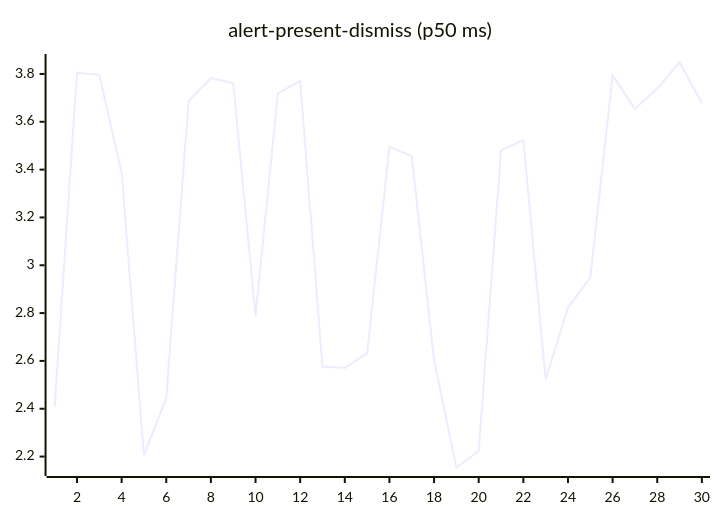
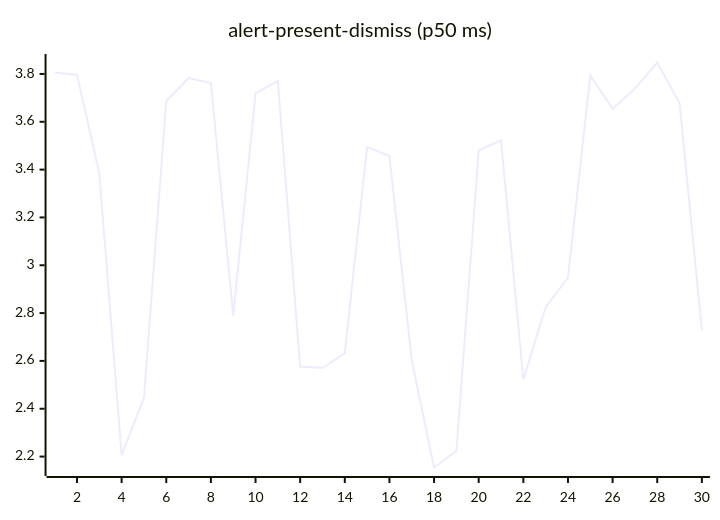
The second of 27 diagrams in README.md (josha/Facet), drawn with Mermaid before and after one commit. The commit also changed other lines of this file and 2 other files, not shown here.

````diff
--- a/README.md
+++ b/README.md
@@ -70,6 +70,6 @@
 ```mermaid
 xychart-beta
     title "alert-present-dismiss (p50 ms)"
     x-axis 1 --> 30
-    line [2.4095, 3.8060, 3.7961, 3.3851, 2.2058, 2.4450, 3.6869, 3.7826, 3.7621, 2.7891, 3.7187, 3.7708, 2.5766, 2.5704, 2.6324, 3.4949, 3.4566, 2.6019, 2.1543, 2.2230, 3.4803, 3.5227, 2.5229, 2.8233, 2.9484, 3.7942, 3.6546, 3.7386, 3.8479, 3.6788]
+    line [3.8060, 3.7961, 3.3851, 2.2058, 2.4450, 3.6869, 3.7826, 3.7621, 2.7891, 3.7187, 3.7708, 2.5766, 2.5704, 2.6324, 3.4949, 3.4566, 2.6019, 2.1543, 2.2230, 3.4803, 3.5227, 2.5229, 2.8233, 2.9484, 3.7942, 3.6546, 3.7386, 3.8479, 3.6788, 2.7270]
 ```
````
